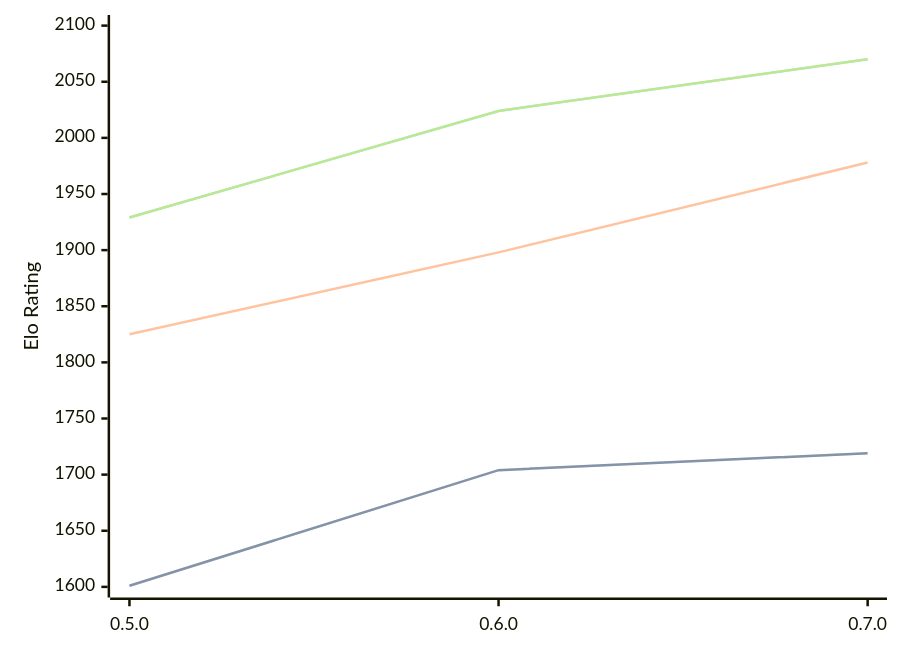
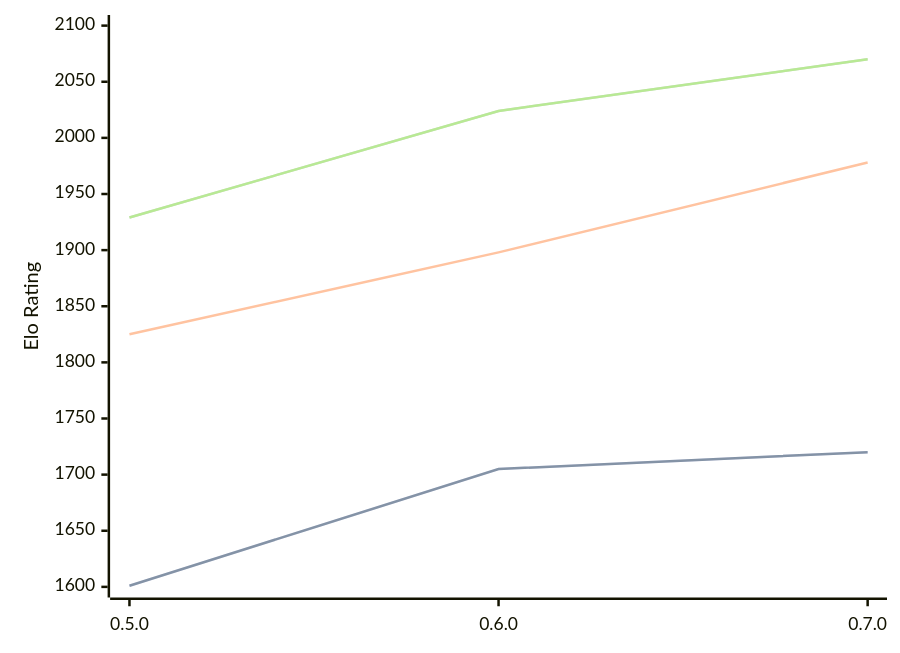
Before and after one commit to computer-chess-index/cci: the diagram in engines/Chess-rs.md, drawn with Mermaid. The commit also changed other lines of this file, not shown here.

````diff
--- a/engines/Chess-rs.md
+++ b/engines/Chess-rs.md
@@ -38,11 +38,11 @@
 ```mermaid
 %%{init: {"theme":"base","themeVariables":{"seriesColors:['#a3a3a3','#222221','#faa371']}}}%%
 xychart-beta
   x-axis ["0.5.0", "0.6.0", "0.7.0"]
   y-axis "Elo Rating" 1600 --> 2100
-  line "STC (8.0+0.08s)" [1601, 1704, 1719]
-  line "STC (8.0+0.08s)" [1601, 1704, 1719]
+  line "STC (8.0+0.08s)" [1601, 1705, 1720]
+  line "STC (8.0+0.08s)" [1601, 1705, 1720]
   line "LTC (60.0+0.60s)" [1825, 1898, 1978]
   line "VLTC (2m24s+1.12s)" [1929, 2024, 2070]
   line "VLTC (2m24s+1.12s)" [1929, 2024, 2070]
 ```
````
